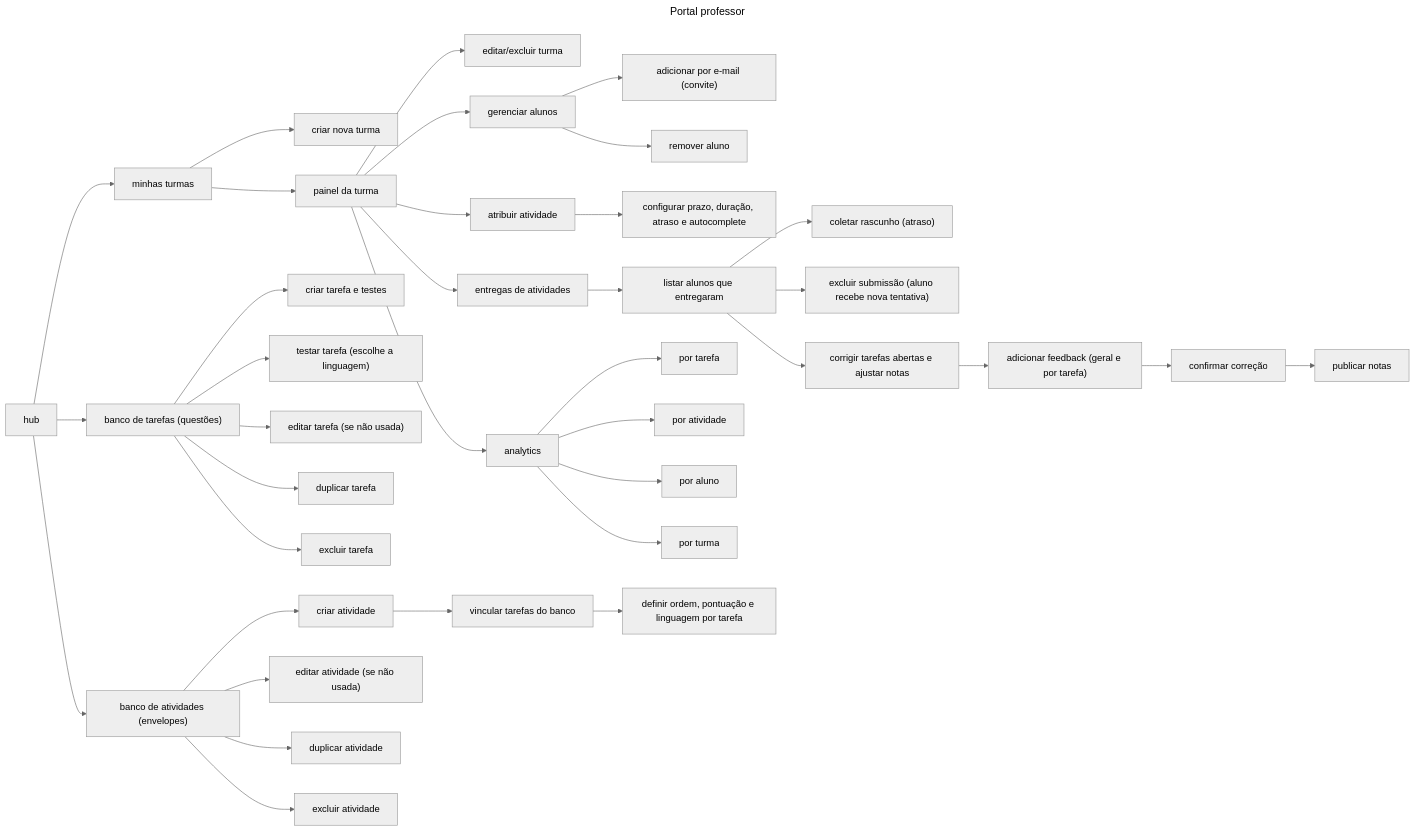
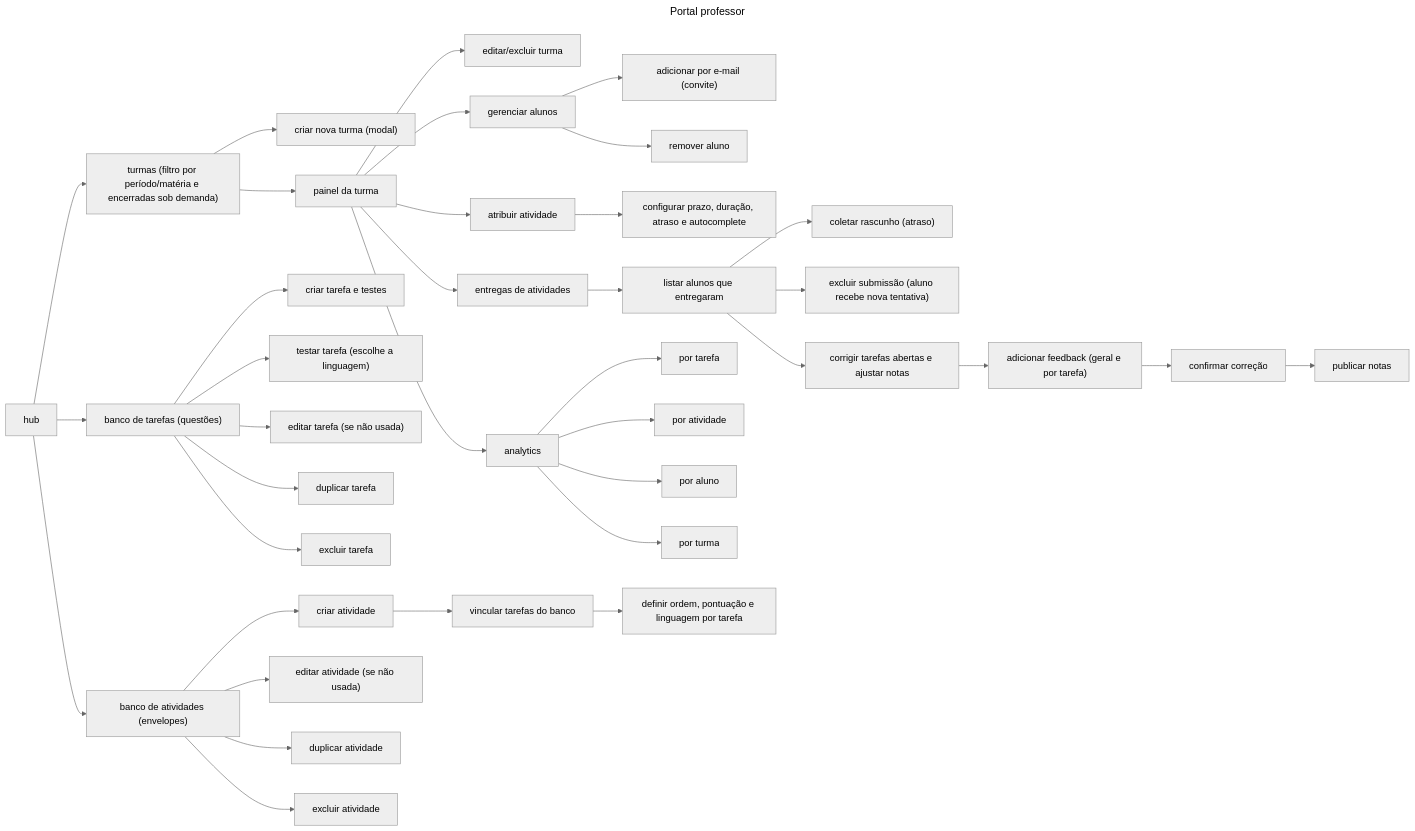
Before and after one commit to DharioNewbery/Seno: the fourth of 7 diagrams in docs/PROJETO.md, drawn with Mermaid (neutral theme). The commit also changed 1 other file, not shown here.

Commit message:
docs: documentar campo total_alunos e novo fluxo de turmas do professor

````diff
--- a/docs/PROJETO.md
+++ b/docs/PROJETO.md
@@ -333,48 +333,48 @@
 ```mermaid
 ---
 title: Portal professor
 ---
 graph LR
-    hub["hub"] --> turmas["minhas turmas"]
+    hub["hub"] --> turmas["turmas (filtro por período/matéria e encerradas sob demanda)"]
     hub --> tarefas["banco de tarefas (questões)"]
     hub --> atividades["banco de atividades (envelopes)"]
 
-    turmas --> cturma["criar nova turma"]
+    turmas --> cturma["criar nova turma (modal)"]
     turmas --> pturma["painel da turma"]
     pturma --> eturmas["editar/excluir turma"]
     
     pturma --> aaluno["gerenciar alunos"]
     aaluno --> aemail["adicionar por e-mail (convite)"]
     aaluno --> raluno["remover aluno"]
 
     pturma --> aatividade["atribuir atividade"]
     aatividade --> cprazo["configurar prazo, duração, atraso e autocomplete"]
 
     pturma --> eatividade["entregas de atividades"]
     eatividade --> lrespostas["listar alunos que entregaram"]
     lrespostas --> coletar["coletar rascunho (atraso)"]
     lrespostas --> xsubmissao["excluir submissão (aluno recebe nova tentativa)"]
     lrespostas --> cmanual["corrigir tarefas abertas e ajustar notas"]
     cmanual --> gfeedback["adicionar feedback (geral e por tarefa)"]
     gfeedback --> confirmar["confirmar correção"]
     confirmar --> pnotas["publicar notas"]
 
     pturma --> analytics["analytics"]
     analytics --> atarefa["por tarefa"]
     analytics --> aativ["por atividade"]
     analytics --> aaluno2["por aluno"]
     analytics --> aturma["por turma"]
 
     tarefas --> ctarefas["criar tarefa e testes"]
     tarefas --> ttarefa["testar tarefa (escolhe a linguagem)"]
     tarefas --> etarefa["editar tarefa (se não usada)"]
     tarefas --> duptarefa["duplicar tarefa"]
     tarefas --> dtarefa["excluir tarefa"]
 
     atividades --> catividades["criar atividade"]
     catividades --> vtarefas["vincular tarefas do banco"]
     vtarefas --> cpesos["definir ordem, pontuação e linguagem por tarefa"]
     atividades --> eativ["editar atividade (se não usada)"]
     atividades --> dupativ["duplicar atividade"]
     atividades --> dativ["excluir atividade"]
 ```
````
